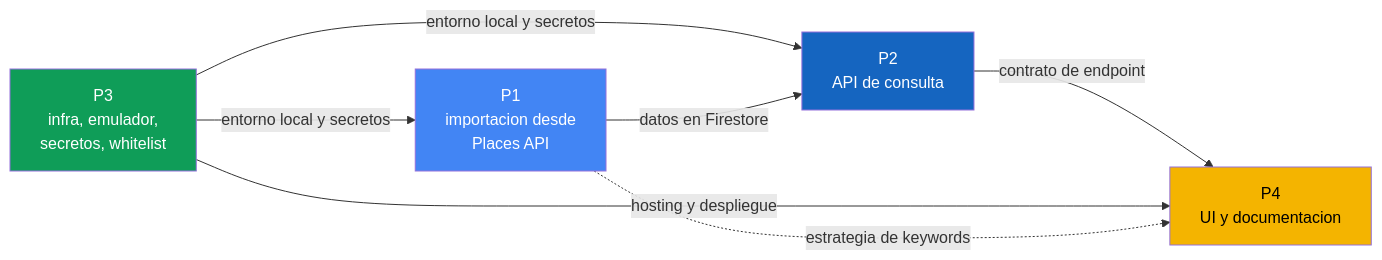
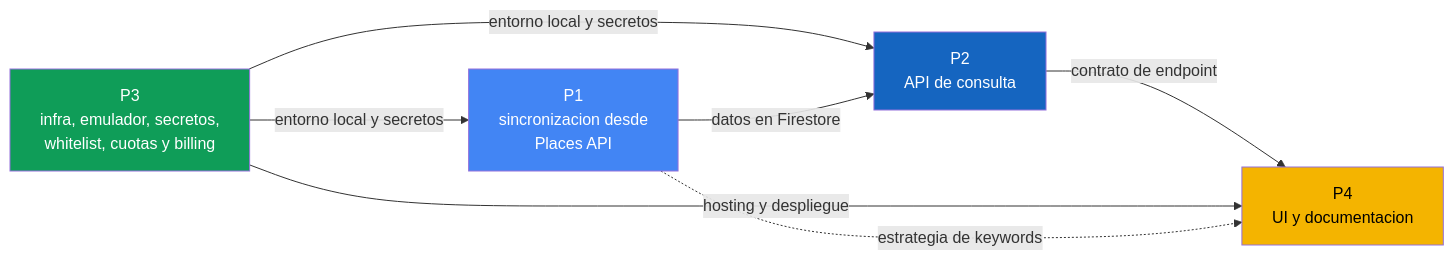
Before and after one commit to JosueSay/medical-specialists-directory: the diagram in docs/activities.md, drawn with Mermaid. The commit also changed other lines of this file and 4 other files, not shown here.

````diff
--- a/docs/activities.md
+++ b/docs/activities.md
@@ -16,19 +16,19 @@
 ```mermaid
 flowchart LR
-    P3["P3<br/>infra, emulador,<br/>secretos, whitelist"]
-    P1["P1<br/>importacion desde<br/>Places API"]
+    P3["P3<br/>infra, emulador, secretos,<br/>whitelist, cuotas y billing"]
+    P1["P1<br/>sincronizacion desde<br/>Places API"]
     P2["P2<br/>API de consulta"]
     P4["P4<br/>UI y documentacion"]
 
     P3 -->|entorno local y secretos| P1
     P3 -->|entorno local y secretos| P2
     P1 -->|datos en Firestore| P2
     P2 -->|contrato de endpoint| P4
     P3 -->|hosting y despliegue| P4
     P1 -.->|estrategia de keywords| P4
 
     style P3 fill:#0F9D58,color:#fff
     style P1 fill:#4285F4,color:#fff
     style P2 fill:#1565C0,color:#fff
     style P4 fill:#F4B400,color:#000
 ```
````
